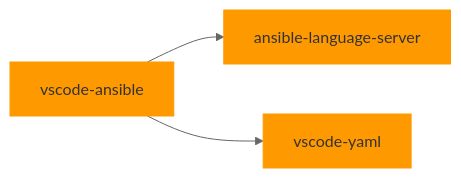
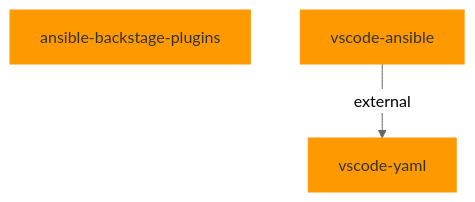
Before and after one commit to ansible/team-devtools: the second of 4 diagrams in README.md, drawn with Mermaid (neutral theme). The commit also changed other lines of this file and 2 other files, not shown here.

````diff
--- a/README.md
+++ b/README.md
@@ -83,19 +91,18 @@
 ```mermaid
-graph LR;
+graph TB;
 
   classDef tsclass fill:#f90,stroke:#f90,color:#333;
   classDef containerclass fill:#060,stroke:#060,color:#fff;
   classDef thirdpartyclass fill:#9f6,stroke:#9f6,color:#333;
 
-  vscode-ansible:::tsclass --> ansible-language-server;
-  vscode-ansible:::tsclass --> vscode-yaml;
+  ansible-backstage-plugins:::tsclass;
+  vscode-ansible:::tsclass -- external --> vscode-yaml;
   vscode-yaml:::tsclass;
-  ansible-language-server:::tsclass;
 
+ click ansible-backstage-plugins "https://github.com/ansible/ansible-backstage-plugins"
  click ansible-development-environment "https://github.com/ansible/ansible-development-environment"
  click community.molecule "https://github.com/ansible-collections/community.molecule"
  click creator-ee href "https://github.com/ansible/creator-ee"
- click ansible-language-server href "https://github.com/ansible/ansible-language-server"
  click vscode-ansible href "https://github.com/ansible/vscode-ansible"
  click vscode-yaml href "https://github.com/redhat-developer/vscode-yaml"
 ```
````
